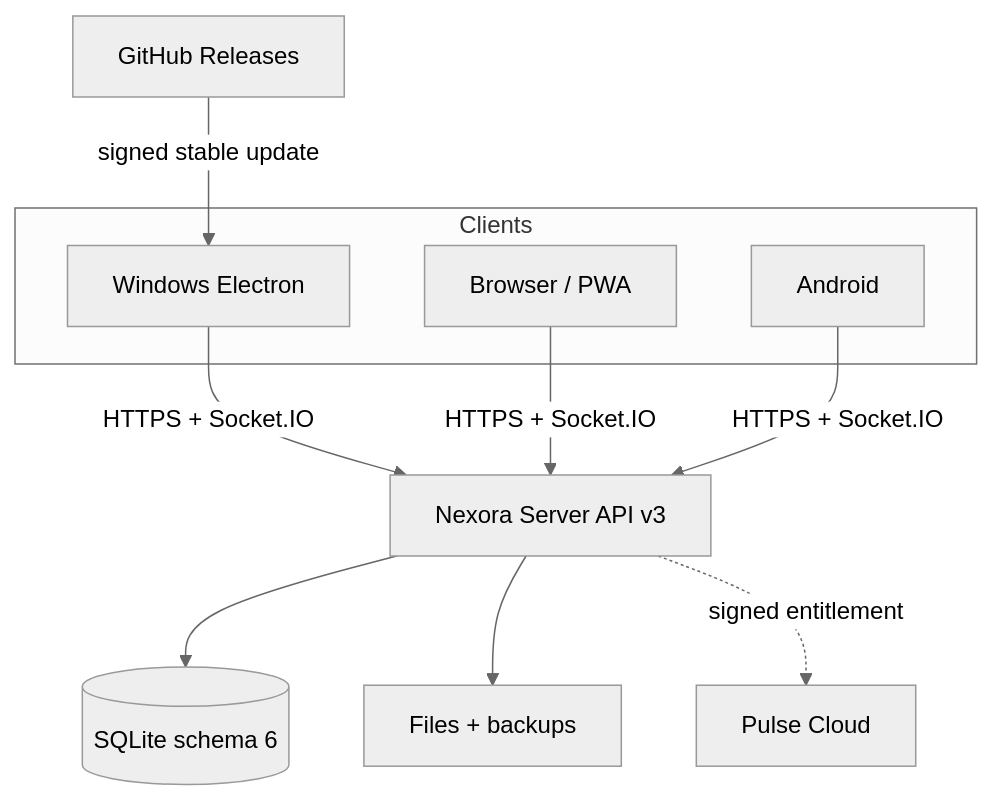
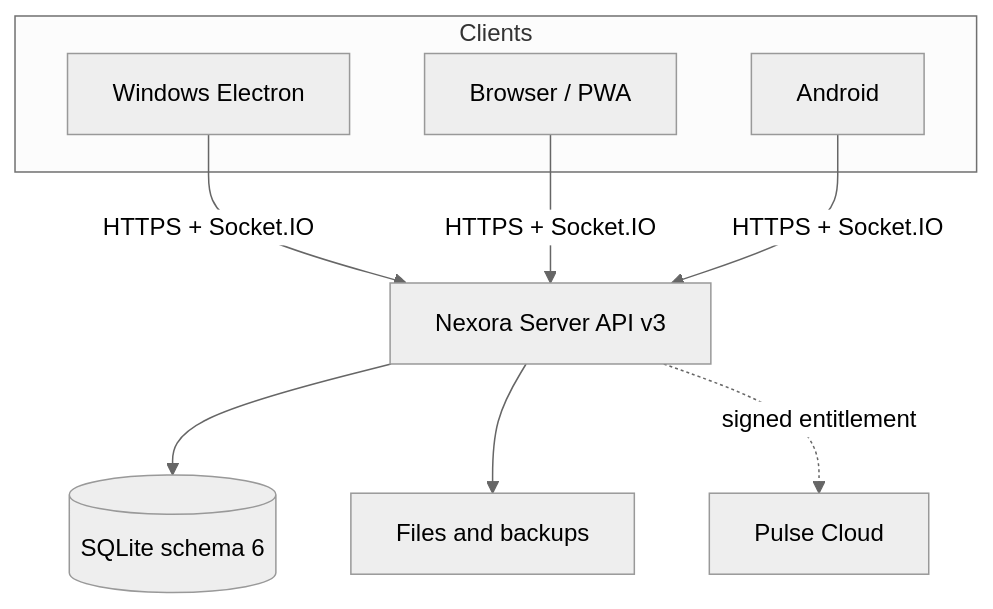
Before and after one commit to Onmaynec/Nexora: the diagram in README.md, drawn with Mermaid (neutral theme). The commit also changed other lines of this file, not shown here.

````diff
--- a/README.md
+++ b/README.md
@@ -32,15 +27,14 @@
 ```mermaid
 flowchart TB
   subgraph Clients
     W["Windows Electron"]
     P["Browser / PWA"]
     A["Android"]
   end
   W -->|"HTTPS + Socket.IO"| S["Nexora Server API v3"]
   P -->|"HTTPS + Socket.IO"| S
   A -->|"HTTPS + Socket.IO"| S
   S --> D[("SQLite schema 6")]
-  S --> F["Files + backups"]
+  S --> F["Files and backups"]
   S -. "signed entitlement" .-> C["Pulse Cloud"]
-  G["GitHub Releases"] -->|"signed stable update"| W
 ```
````
